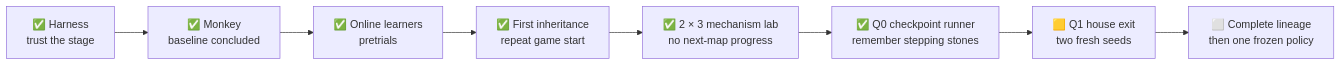
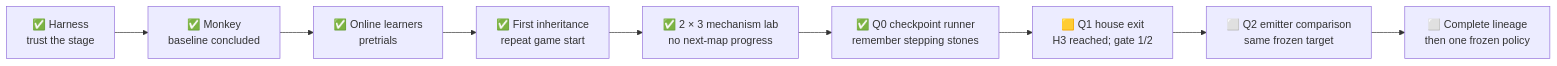
Before and after one commit to PeteAndrews1289/pokemon-red-ai: the first of 2 diagrams in README.md, drawn with Mermaid. The commit also changed other lines of this file and 12 other files, not shown here.

Commit message:
Record one-of-two Q1 house-exit result

````diff
--- a/README.md
+++ b/README.md
@@ -69,10 +67,11 @@
 ```mermaid
 flowchart LR
     P0["✅ Harness<br/>trust the stage"] --> B0["✅ Monkey<br/>baseline concluded"]
     B0 --> B2["✅ Online learners<br/>pretrials"]
     B2 --> B1["✅ First inheritance<br/>repeat game start"]
     B1 --> EV["✅ 2 × 3 mechanism lab<br/>no next-map progress"]
     EV --> EX["✅ Q0 checkpoint runner<br/>remember stepping stones"]
-    EX --> Q1["🟨 Q1 house exit<br/>two fresh seeds"]
-    Q1 --> FR["⬜ Complete lineage<br/>then one frozen policy"]
+    EX --> Q1["🟨 Q1 house exit<br/>H3 reached; gate 1/2"]
+    Q1 --> EM["⬜ Q2 emitter comparison<br/>same frozen target"]
+    EM --> FR["⬜ Complete lineage<br/>then one frozen policy"]
 ```
````
